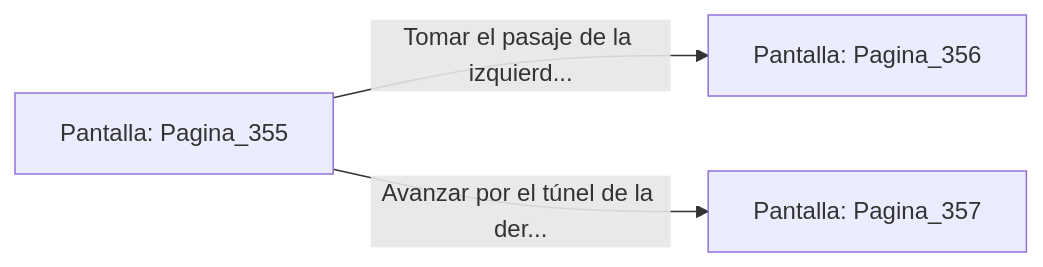
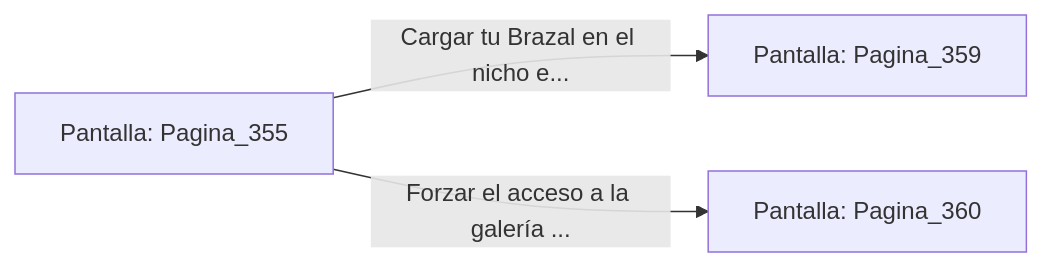
One commit to metsuke/mpl changed the diagram in sample/eligejuego-vault/Pantalla_Pagina_355.md. Above: the diagram before and after it, drawn with Mermaid. The commit also changed other lines of this file and 635 other files, not shown here.

First line of the commit message:
fix: añadir Pagina_1 como pantalla inicial en capitulo_01.mpl

````diff
--- a/sample/eligejuego-vault/Pantalla_Pagina_355.md
+++ b/sample/eligejuego-vault/Pantalla_Pagina_355.md
@@ -20,6 +24,6 @@
 ```mermaid
 graph LR
     P_Pagina_355["Pantalla: Pagina_355"]
-    P_Pagina_355 -->|"Tomar el pasaje de la izquierd..."| P_Pagina_356["Pantalla: Pagina_356"]
-    P_Pagina_355 -->|"Avanzar por el túnel de la der..."| P_Pagina_357["Pantalla: Pagina_357"]
+    P_Pagina_355 -->|"Cargar tu Brazal en el nicho e..."| P_Pagina_359["Pantalla: Pagina_359"]
+    P_Pagina_355 -->|"Forzar el acceso a la galería ..."| P_Pagina_360["Pantalla: Pagina_360"]
 ```
````
